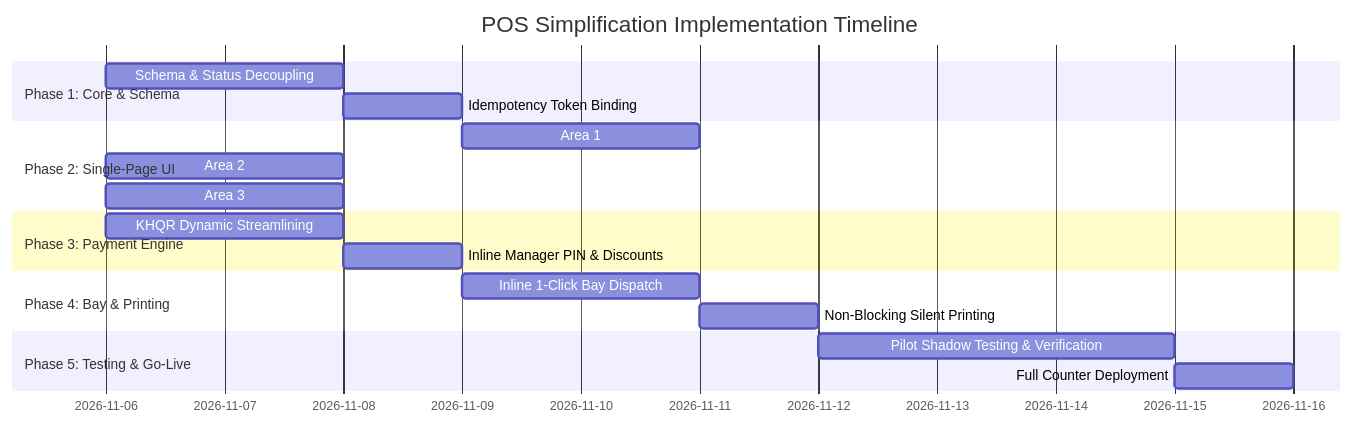
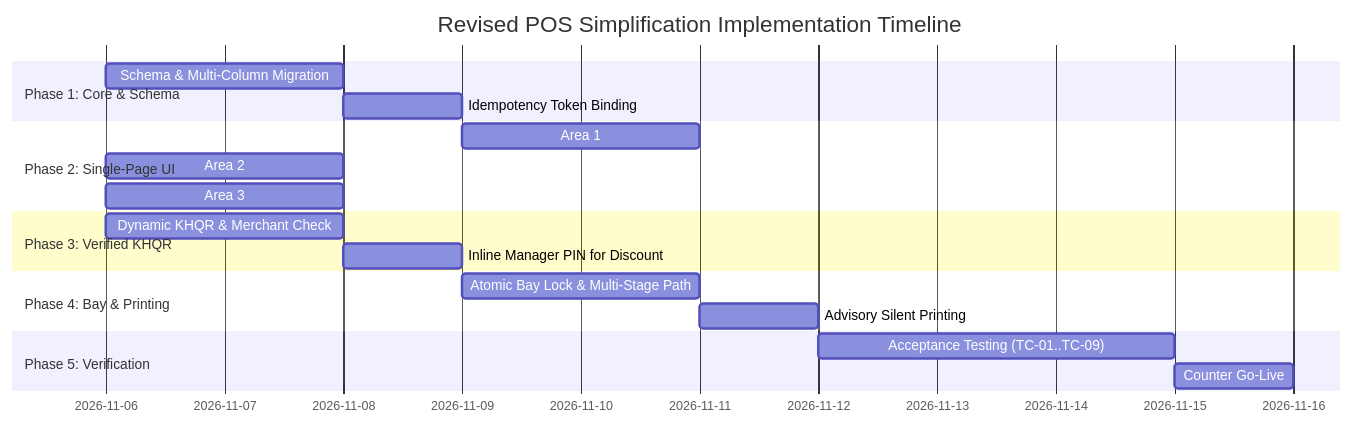
One commit to Tiffy-gif/Car-WashService changed the diagram in POS-IMPLEMENTATION-PLAN.md. Above: the diagram before and after it, drawn with Mermaid. The commit also changed other lines of this file and 5 other files, not shown here.

````diff
--- a/POS-IMPLEMENTATION-PLAN.md
+++ b/POS-IMPLEMENTATION-PLAN.md
@@ -15,21 +27,21 @@
 ```mermaid
 gantt
-    title POS Simplification Implementation Timeline
+    title Revised POS Simplification Implementation Timeline
     dateFormat  YYYY-MM-DD
     section Phase 1: Core & Schema
-    Schema & Status Decoupling        :p1_1, 2026-11-06, 2d
+    Schema & Multi-Column Migration   :p1_1, 2026-11-06, 2d
     Idempotency Token Binding         :p1_2, after p1_1, 1d
     section Phase 2: Single-Page UI
     Area 1: Plate-First Intake        :p2_1, after p1_2, 2d
     Area 2: Touch Catalog & Extras    :p2_2, after p2_1, 2d
-    Area 3: Unified Payment & Cash Pad:p2_3, after p2_2, 2d
-    section Phase 3: Payment Engine
-    KHQR Dynamic Streamlining         :p3_1, after p2_3, 2d
-    Inline Manager PIN & Discounts    :p3_2, after p3_1, 1d
+    Area 3: Upfront Payment & Cash Pad:p2_3, after p2_2, 2d
+    section Phase 3: Verified KHQR
+    Dynamic KHQR & Merchant Check     :p3_1, after p2_3, 2d
+    Inline Manager PIN for Discount   :p3_2, after p3_1, 1d
     section Phase 4: Bay & Printing
-    Inline 1-Click Bay Dispatch       :p4_1, after p3_2, 2d
-    Non-Blocking Silent Printing      :p4_2, after p4_1, 1d
-    section Phase 5: Testing & Go-Live
-    Pilot Shadow Testing & Verification:p5_1, after p4_2, 3d
-    Full Counter Deployment           :p5_2, after p5_1, 1d
+    Atomic Bay Lock & Multi-Stage Path:p4_1, after p3_2, 2d
+    Advisory Silent Printing          :p4_2, after p4_1, 1d
+    section Phase 5: Verification
+    Acceptance Testing (TC-01..TC-09) :p5_1, after p4_2, 3d
+    Counter Go-Live                   :p5_2, after p5_1, 1d
 ```
````
